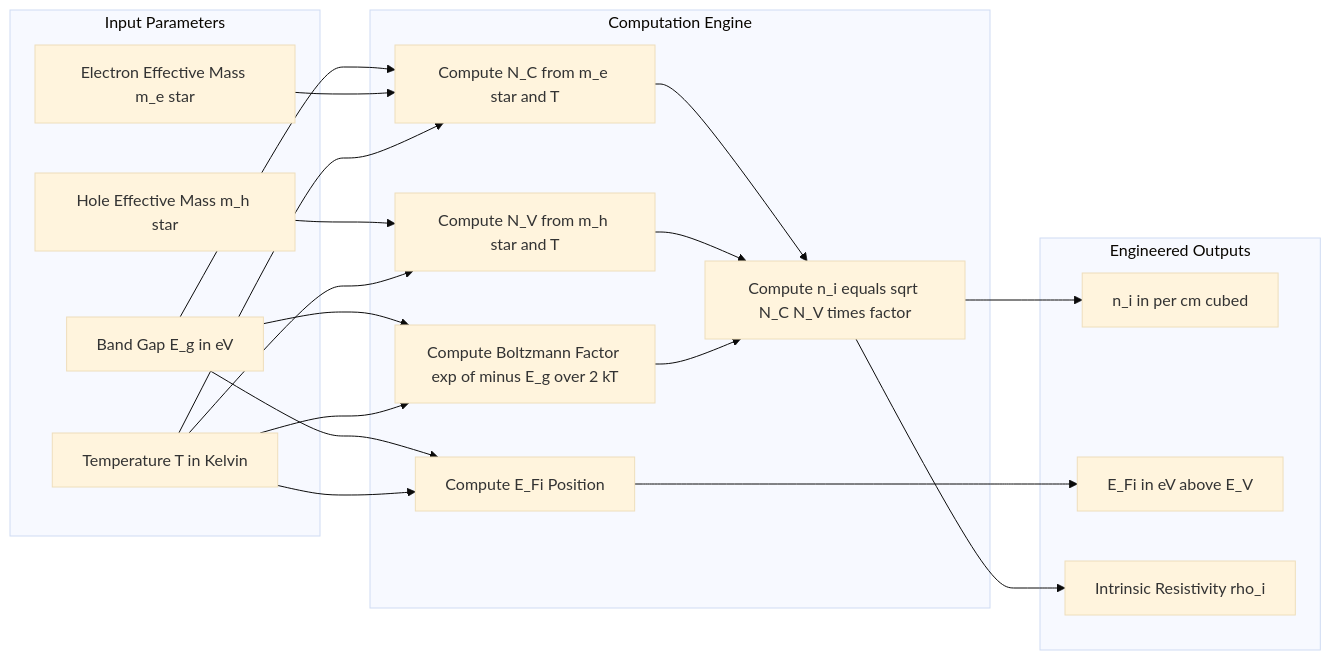
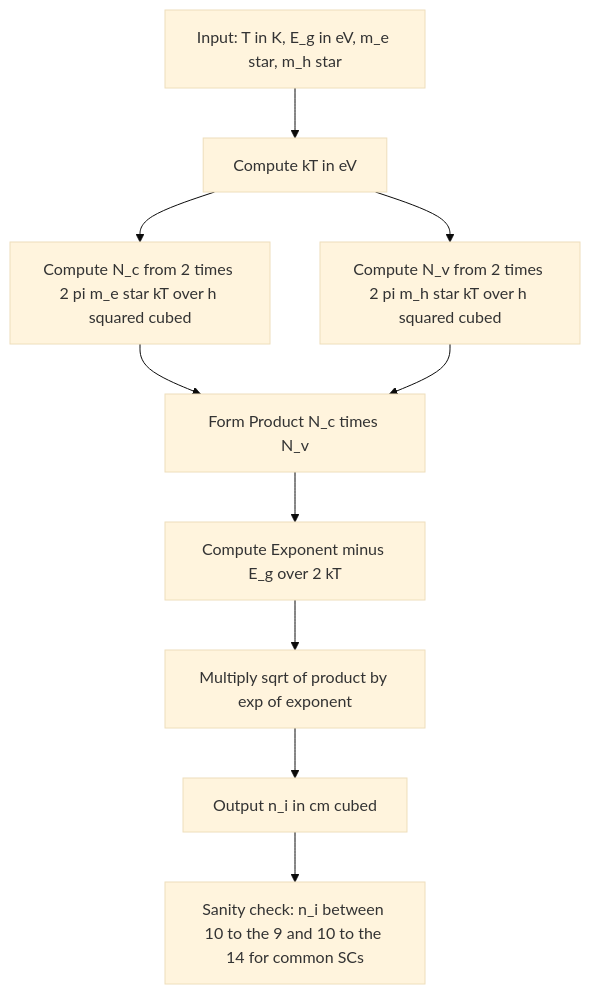
The third of 3 diagrams in public/notes/computer-science-and-engineering/semester-1/gapht121-physics-for-information-science/03-module-3-semiconductor-physics/intrinsic-carrier-concentration/notes.md (vishnuu-kr/ktunode), drawn with Mermaid (base theme) before and after one commit. The commit also changed other lines of this file and 4829 other files, not shown here.

````diff
--- a/public/notes/computer-science-and-engineering/semester-1/gapht121-physics-for-information-science/03-module-3-semiconductor-physics/intrinsic-carrier-concentration/notes.md
+++ b/public/notes/computer-science-and-engineering/semester-1/gapht121-physics-for-information-science/03-module-3-semiconductor-physics/intrinsic-carrier-concentration/notes.md
@@ -396,39 +501,12 @@
 ```mermaid
-flowchart LR
-    subgraph InputLayer[Input Parameters]
-        P1[Band Gap E_g in eV]
-        P2[Electron Effective Mass m_e star]
-        P3[Hole Effective Mass m_h star]
-        P4[Temperature T in Kelvin]
-    end
-
-    subgraph ComputeLayer[Computation Engine]
-        C1[Compute N_C from m_e star and T]
-        C2[Compute N_V from m_h star and T]
-        C3[Compute Boltzmann Factor exp of minus E_g over 2 kT]
-        C4[Compute n_i equals sqrt N_C N_V times factor]
-        C5[Compute E_Fi Position]
-    end
-
-    subgraph OutputLayer[Engineered Outputs]
-        O1[n_i in per cm cubed]
-        O2[E_Fi in eV above E_V]
-        O3[Intrinsic Resistivity rho_i]
-    end
-
-    P1 --> C1
-    P1 --> C3
-    P1 --> C5
-    P2 --> C1
-    P3 --> C2
-    P4 --> C1
-    P4 --> C2
-    P4 --> C3
-    P4 --> C5
-    C1 --> C4
-    C2 --> C4
-    C3 --> C4
-    C4 --> O1
-    C4 --> O3
-    C5 --> O2
+flowchart TD
+    stepA[Input: T in K, E_g in eV, m_e star, m_h star] --> stepB[Compute kT in eV]
+    stepB --> stepC[Compute N_c from 2 times 2 pi m_e star kT over h squared cubed]
+    stepB --> stepD[Compute N_v from 2 times 2 pi m_h star kT over h squared cubed]
+    stepC --> stepE[Form Product N_c times N_v]
+    stepD --> stepE
+    stepE --> stepF[Compute Exponent minus E_g over 2 kT]
+    stepF --> stepG[Multiply sqrt of product by exp of exponent]
+    stepG --> stepH[Output n_i in cm cubed]
+    stepH --> stepI[Sanity check: n_i between 10 to the 9 and 10 to the 14 for common SCs]
 ```
````
